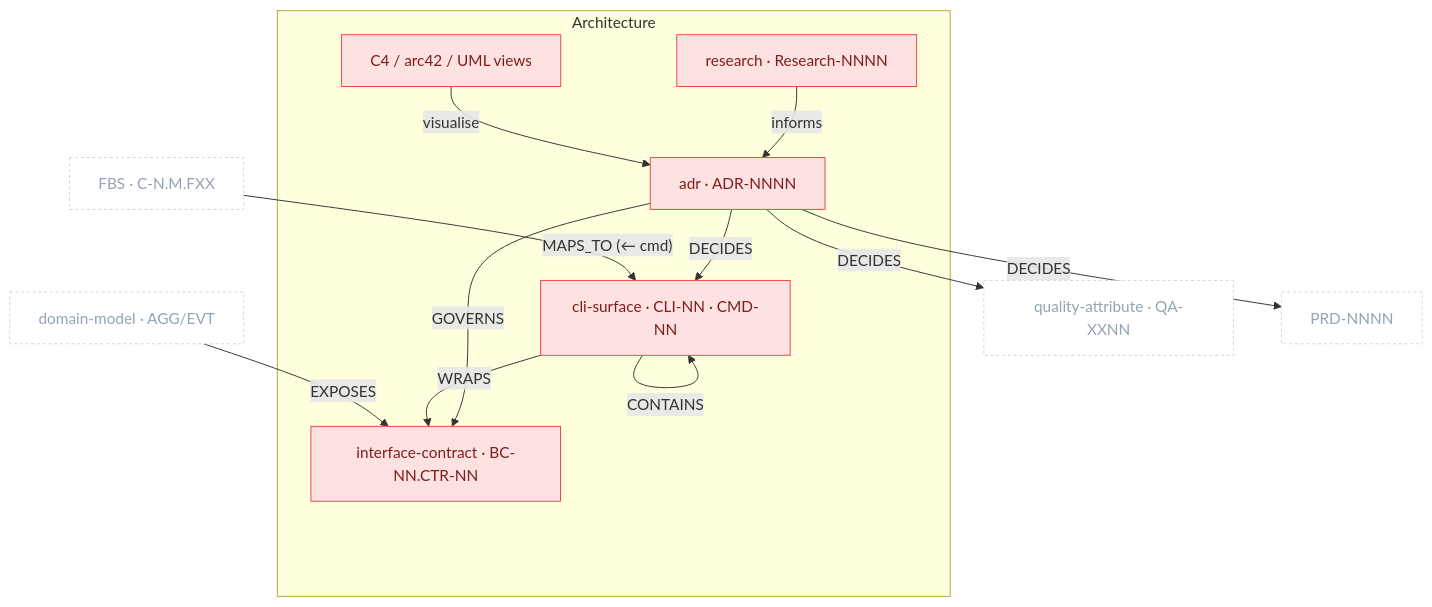
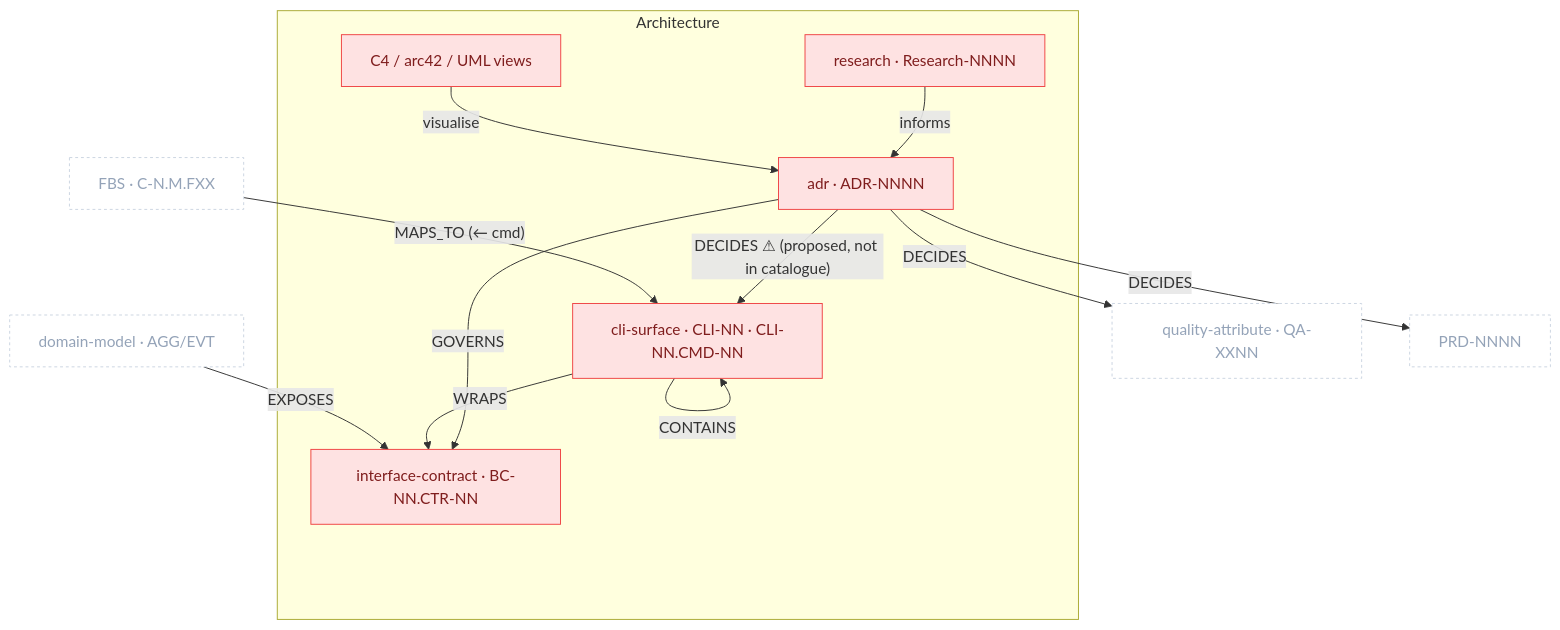
One commit to VictorHueni/clew changed the diagram in docs/metamodel/packages/architecture.md. Above: the diagram before and after it, drawn with Mermaid. The commit also changed other lines of this file and 7 other files, not shown here.

First line of the commit message:
docs(metamodel): align diagrams, boundary tables, and ID displays to catalogue authority

````diff
--- a/docs/metamodel/packages/architecture.md
+++ b/docs/metamodel/packages/architecture.md
@@ -23,30 +23,30 @@
 ```mermaid
 flowchart TD
     classDef arch fill:#FEE2E2,stroke:#EF4444,color:#7F1D1D
     classDef ext  fill:#ffffff,stroke:#cbd5e1,color:#94a3b8,stroke-dasharray:3 3
 
     DM["domain-model · AGG/EVT"]:::ext
     FBS["FBS · C-N.M.FXX"]:::ext
     QA["quality-attribute · QA-XXNN"]:::ext
     PRD["PRD-NNNN"]:::ext
 
     subgraph ARCH["Architecture"]
         RES["research · Research-NNNN"]:::arch
         ADR["adr · ADR-NNNN"]:::arch
         CTR["interface-contract · BC-NN.CTR-NN"]:::arch
-        CLI["cli-surface · CLI-NN · CMD-NN"]:::arch
+        CLI["cli-surface · CLI-NN · CLI-NN.CMD-NN"]:::arch
         DIAG["C4 / arc42 / UML views"]:::arch
     end
 
     RES -->|"informs"| ADR
     ADR -->|"GOVERNS"| CTR
-    ADR -->|"DECIDES"| CLI
+    ADR -->|"DECIDES ⚠ (proposed, not in catalogue)"| CLI
     CLI -->|"CONTAINS"| CLI
     CLI -->|"WRAPS"| CTR
     DIAG -->|"visualise"| ADR
 
     DM -->|"EXPOSES"| CTR
     FBS -->|"MAPS_TO (← cmd)"| CLI
     ADR -->|"DECIDES"| QA
     ADR -->|"DECIDES"| PRD
 ```
````
